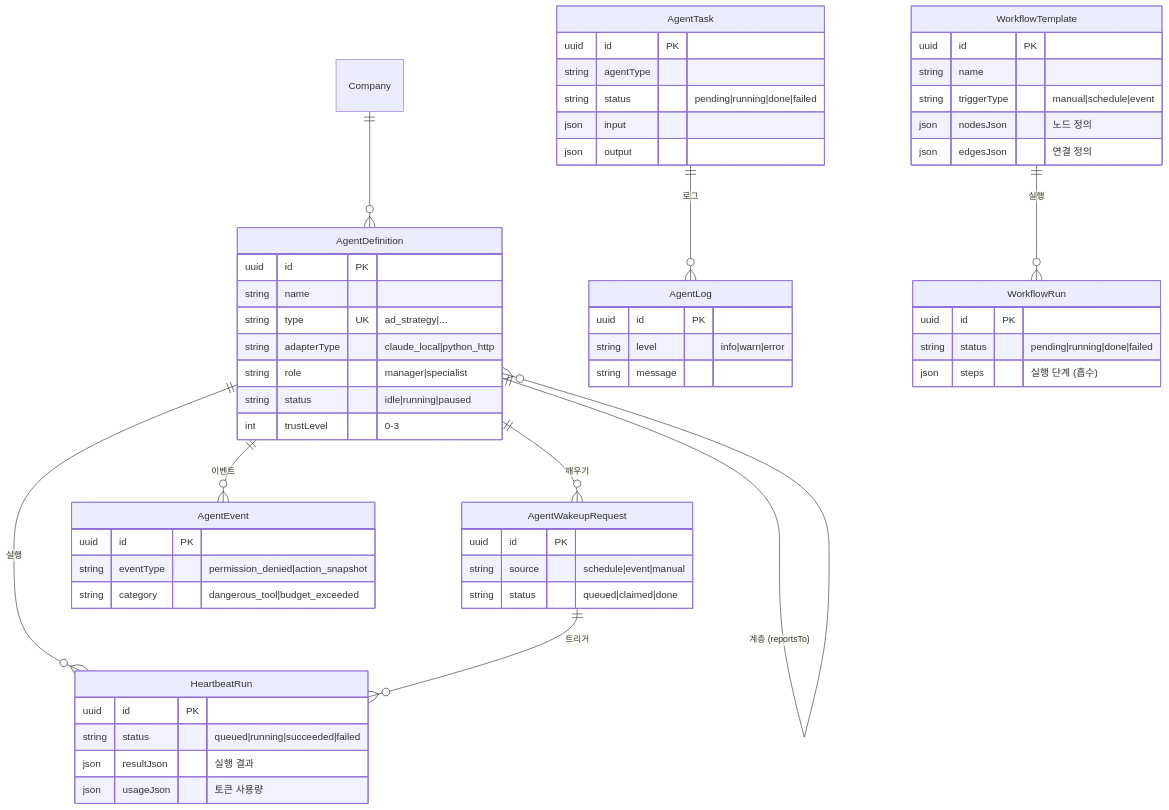
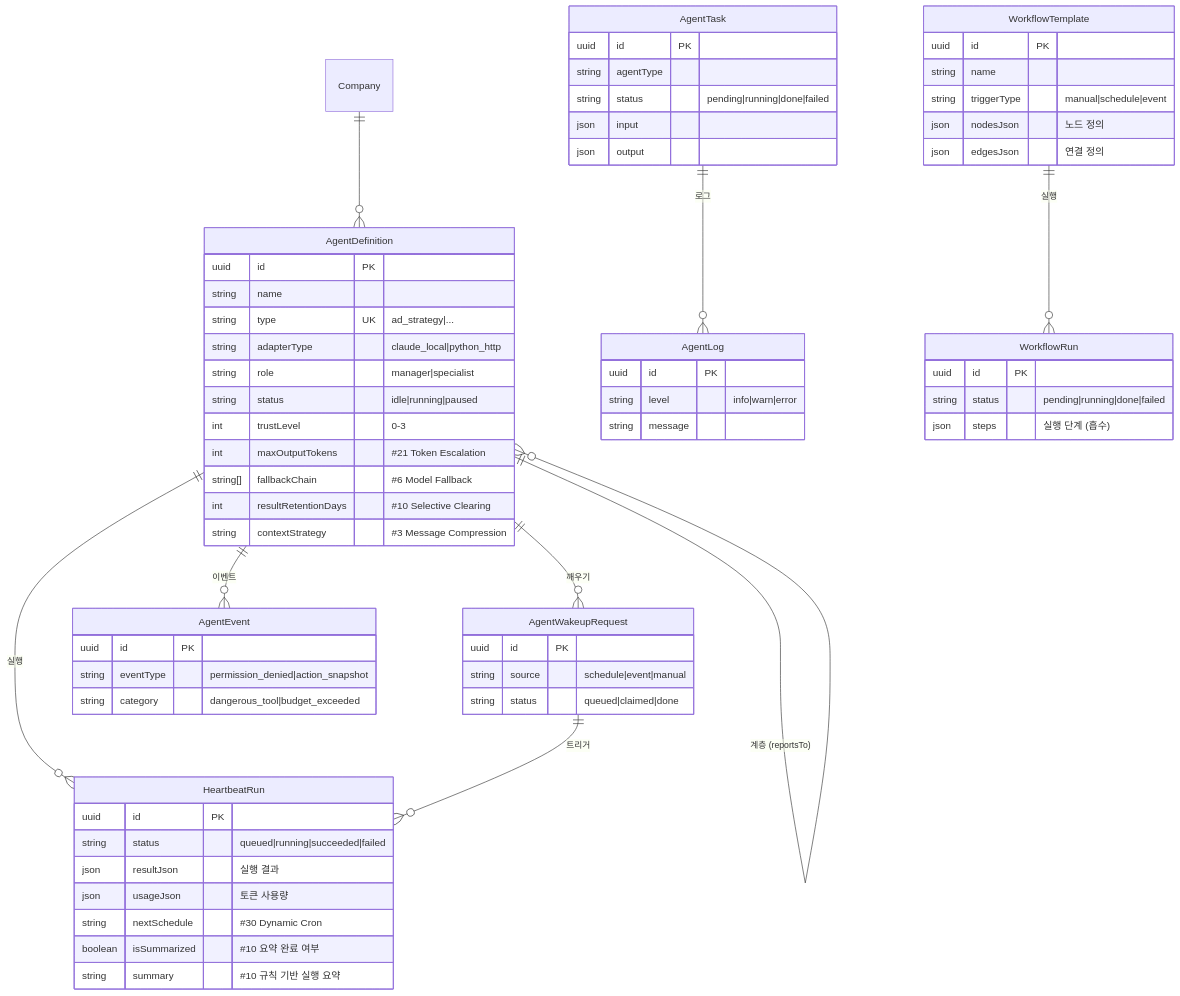
Before and after one commit to AgentFoundry-Labs/kiditem: the ninth of 10 diagrams in .claude/docs/erd.md, drawn with Mermaid. The commit also changed 6 other files, not shown here.

````diff
--- a/.claude/docs/erd.md
+++ b/.claude/docs/erd.md
@@ -482,61 +482,68 @@
 ```mermaid
 erDiagram
     AgentDefinition {
         uuid id PK
         string name
         string type UK "ad_strategy|..."
         string adapterType "claude_local|python_http"
         string role "manager|specialist"
         string status "idle|running|paused"
         int trustLevel "0-3"
+        int maxOutputTokens "#21 Token Escalation"
+        string[] fallbackChain "#6 Model Fallback"
+        int resultRetentionDays "#10 Selective Clearing"
+        string contextStrategy "#3 Message Compression"
     }
     HeartbeatRun {
         uuid id PK
         string status "queued|running|succeeded|failed"
         json resultJson "실행 결과"
         json usageJson "토큰 사용량"
+        string nextSchedule "#30 Dynamic Cron"
+        boolean isSummarized "#10 요약 완료 여부"
+        string summary "#10 규칙 기반 실행 요약"
     }
     AgentTask {
         uuid id PK
         string agentType
         string status "pending|running|done|failed"
         json input
         json output
     }
     AgentLog {
         uuid id PK
         string level "info|warn|error"
         string message
     }
     AgentWakeupRequest {
         uuid id PK
         string source "schedule|event|manual"
         string status "queued|claimed|done"
     }
     AgentEvent {
         uuid id PK
         string eventType "permission_denied|action_snapshot"
         string category "dangerous_tool|budget_exceeded"
     }
     WorkflowTemplate {
         uuid id PK
         string name
         string triggerType "manual|schedule|event"
         json nodesJson "노드 정의"
         json edgesJson "연결 정의"
     }
     WorkflowRun {
         uuid id PK
         string status "pending|running|done|failed"
         json steps "실행 단계 (흡수)"
     }
 
     Company ||--o{ AgentDefinition : ""
     AgentDefinition ||--o{ HeartbeatRun : "실행"
     AgentDefinition ||--o{ AgentWakeupRequest : "깨우기"
     AgentDefinition ||--o{ AgentEvent : "이벤트"
     AgentDefinition ||--o{ AgentDefinition : "계층 (reportsTo)"
     AgentTask ||--o{ AgentLog : "로그"
     WorkflowTemplate ||--o{ WorkflowRun : "실행"
     AgentWakeupRequest ||--o{ HeartbeatRun : "트리거"
 ```
````
